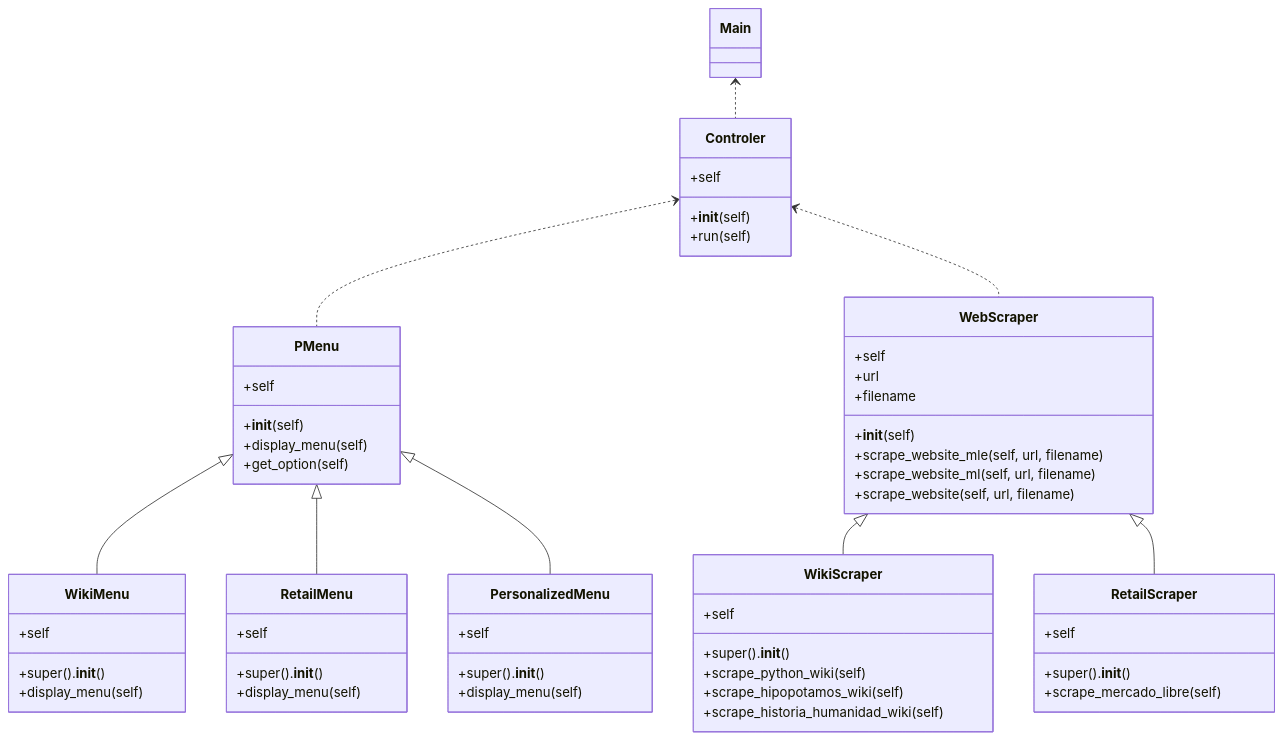
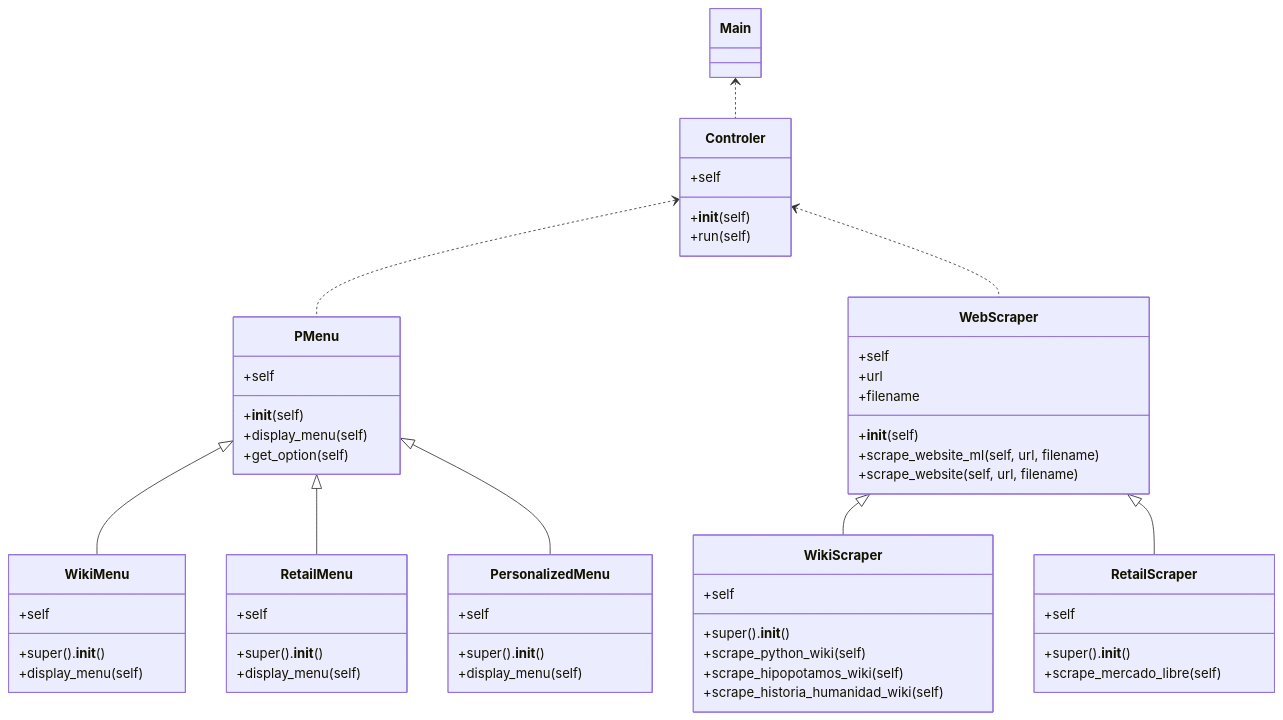
The diagram in README.md (darevalog/Proyecto_Final_POO_Diego_Arevalo), drawn with Mermaid before and after one commit.

````diff
--- a/README.md
+++ b/README.md
@@ -64,58 +64,57 @@
 ```mermaid
 classDiagram
     Main <.. Controler
     Controler <.. PMenu
     Controler <.. WebScraper
     PMenu <|-- WikiMenu
     PMenu <|-- RetailMenu
     PMenu <|-- PersonalizedMenu
     WebScraper <|-- WikiScraper
     WebScraper <|-- RetailScraper
     class Controler{
       +self
       +__init__(self)
       +run(self)
     }
     class PMenu{
         +self
         +__init__(self)
         +display_menu(self)
         +get_option(self)
     }
     class WikiMenu{
         +self
         +super().__init__()
         +display_menu(self)
     }
     class RetailMenu{
         +self
         +super().__init__()
         +display_menu(self)
     }
     class PersonalizedMenu{
         +self
         +super().__init__()
         +display_menu(self)
     }
     class WebScraper{
         +self
         +url
         +filename
         +__init__(self)
-        +scrape_website_mle(self, url, filename)
         +scrape_website_ml(self, url, filename)
         +scrape_website(self, url, filename)
     }
     class WikiScraper{
         +self
         +super().__init__()
         +scrape_python_wiki(self)
         +scrape_hipopotamos_wiki(self)
         +scrape_historia_humanidad_wiki(self)
     }
     class RetailScraper{
         +self
         +super().__init__()
         +scrape_mercado_libre(self)
     }
 ```
````
